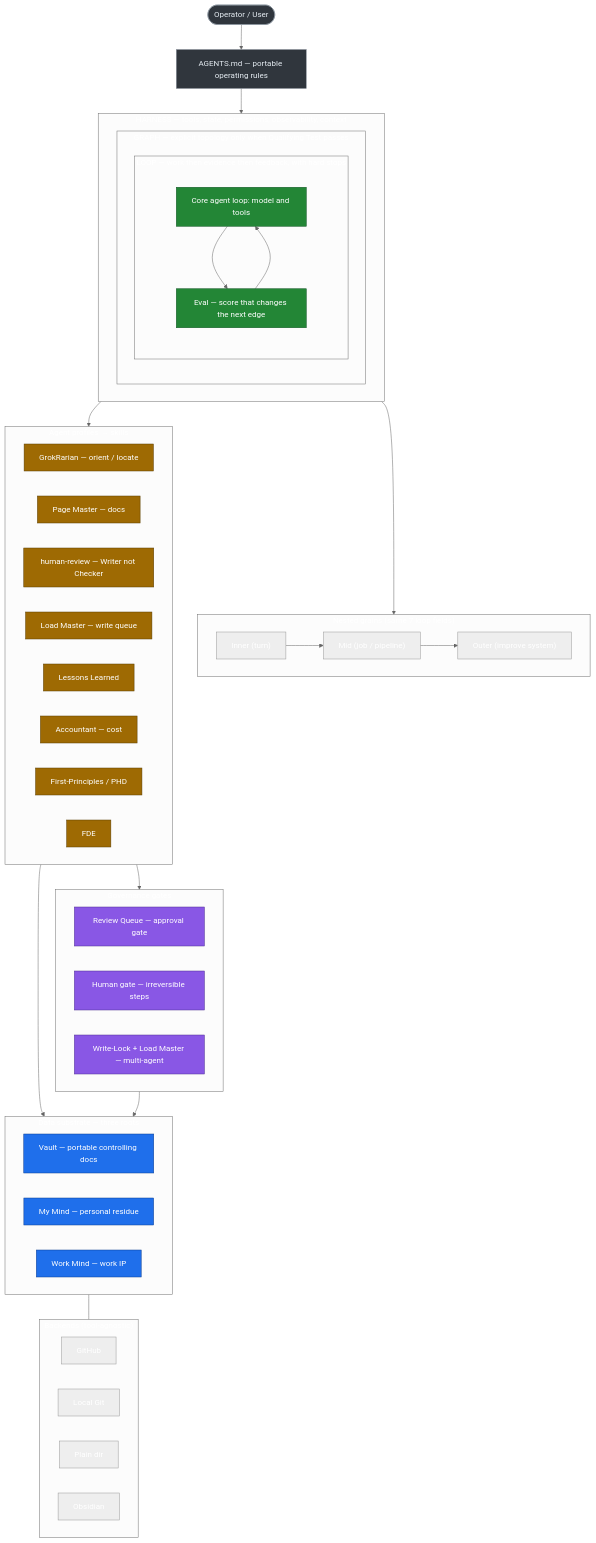
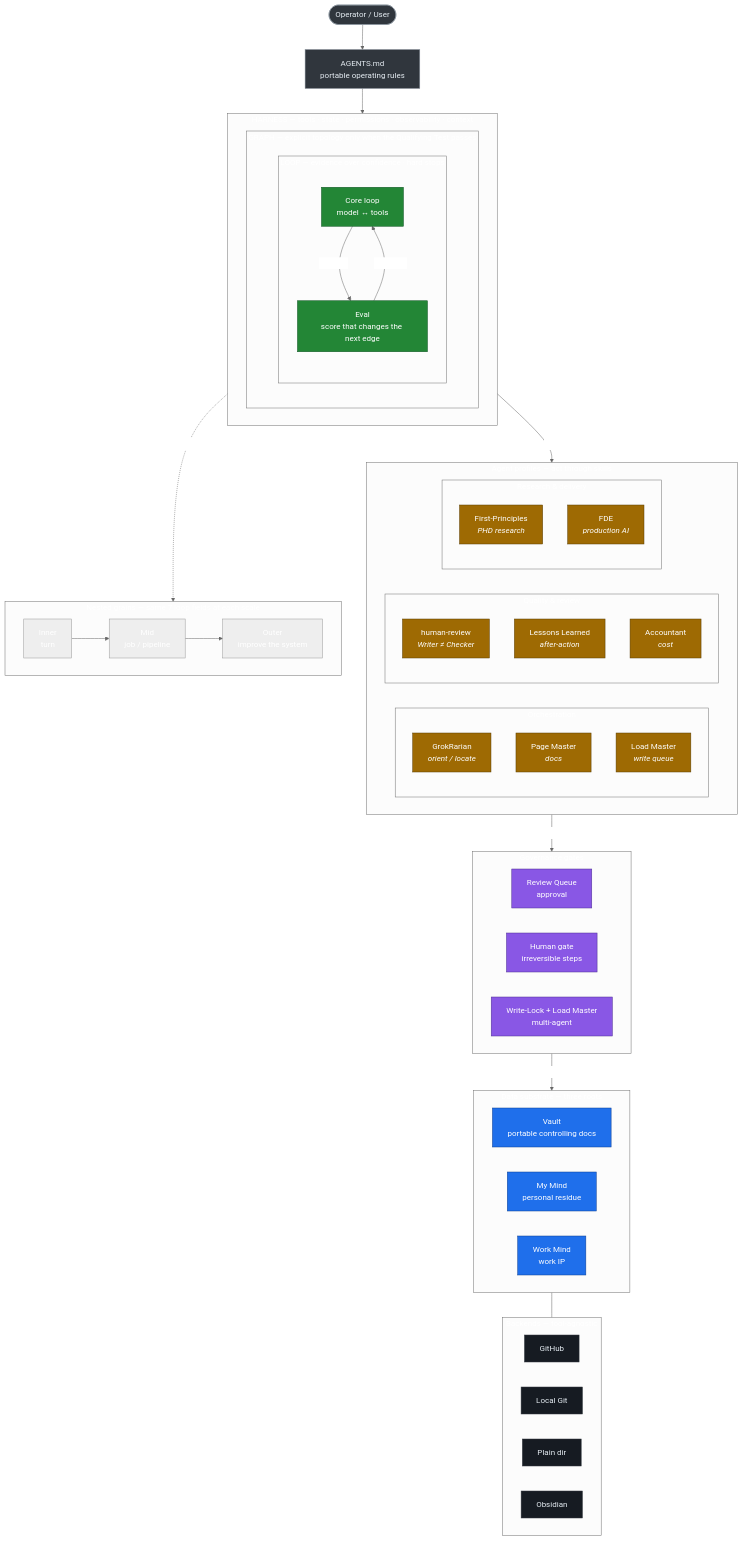
One commit to kniffinjjr/AI-Mind-Portable changed the second of 2 diagrams in Drafts/AI-Mind-Architecture-and-Data-Charts.md. Above: the diagram before and after it, drawn with Mermaid (neutral theme). The commit also changed other lines of this file, not shown here.

Commit message:
Refine architecture + data charts for legibility
- Chart 1: collapse the device-to-plane tangle into two clean sync flows
  (git push/pull to a GitHub-remote hub, file sync to a Dropbox hub), move
  per-device mechanics into a legend, and box the rules.
- Chart 2: read as a clear top-to-bottom spine; group agent profiles into
  Orchestration / Quality / Research clusters; label the write path through
  governance gates to the roots; grains as a side branch.

````diff
--- a/Drafts/AI-Mind-Architecture-and-Data-Charts.md
+++ b/Drafts/AI-Mind-Architecture-and-Data-Charts.md
@@ -85,70 +96,79 @@
 ```mermaid
 flowchart TB
-  classDef root fill:#1f6feb,color:#ffffff,stroke:#0b3d91;
+  classDef human fill:#30363d,color:#e6edf3,stroke:#8b949e;
   classDef core fill:#238636,color:#ffffff,stroke:#0f5323;
   classDef agent fill:#9e6a03,color:#ffffff,stroke:#5a3d02;
   classDef gate fill:#8957e5,color:#ffffff,stroke:#4b2c91;
-  classDef human fill:#30363d,color:#e6edf3,stroke:#8b949e;
+  classDef root fill:#1f6feb,color:#ffffff,stroke:#0b3d91;
+  classDef back fill:#161b22,color:#e6edf3,stroke:#30363d;
 
-  USER([Operator / User]):::human
-  AGENTS["AGENTS.md — portable operating rules"]:::human
+  USER(["Operator / User"]):::human
+  AGENTS["AGENTS.md<br/>portable operating rules"]:::human
   USER --> AGENTS
 
-  subgraph HARNESS["HARNESS — tools, state, permissions, observability, context"]
-    subgraph GRAPH["GRAPH — explicit topology only when Qualifying Test passes"]
-      subgraph LOOP["LOOP — work then evidence then feedback, with hard stops"]
-        CORE["Core agent loop: model and tools"]:::core
-        EVAL["Eval — score that changes the next edge"]:::core
-        CORE --> EVAL
-        EVAL --> CORE
+  subgraph HARNESS["HARNESS — tools · state · permissions · observability · context"]
+    subgraph GRAPH["GRAPH — explicit topology only when the Qualifying Test passes"]
+      subgraph LOOP["LOOP — evidence over confidence · hard stops"]
+        CORE["Core loop<br/>model ↔ tools"]:::core
+        EVAL["Eval<br/>score that changes the next edge"]:::core
+        CORE -->|produce| EVAL
+        EVAL -->|feedback| CORE
       end
     end
   end
   AGENTS --> HARNESS
 
-  subgraph GRAINS["Nested grains (same 7 loop fields)"]
+  subgraph PROFILES["Agent profiles — act through skills"]
     direction LR
-    INNER["Inner (turn)"] --> MID["Mid (job / pipeline)"] --> OUTER["Outer (improve system)"]
+    subgraph ORCH["Orchestration"]
+      direction TB
+      LIB["GrokRarian<br/><i>orient / locate</i>"]:::agent
+      PM["Page Master<br/><i>docs</i>"]:::agent
+      LM["Load Master<br/><i>write queue</i>"]:::agent
+    end
+    subgraph QUAL["Quality &amp; review"]
+      direction TB
+      HR["human-review<br/><i>Writer ≠ Checker</i>"]:::agent
+      LL["Lessons Learned<br/><i>after-action</i>"]:::agent
+      AC["Accountant<br/><i>cost</i>"]:::agent
+    end
+    subgraph DEL["Research &amp; delivery"]
+      direction TB
+      FP["First-Principles<br/><i>PHD research</i>"]:::agent
+      FDE["FDE<br/><i>production AI</i>"]:::agent
+    end
   end
 
-  subgraph AGENTSP["Agent profiles → skills"]
+  subgraph GATES["Governance gates"]
     direction LR
-    LIB["GrokRarian — orient / locate"]:::agent
-    PM["Page Master — docs"]:::agent
-    HR["human-review — Writer not Checker"]:::agent
-    LM["Load Master — write queue"]:::agent
-    LL["Lessons Learned"]:::agent
-    AC["Accountant — cost"]:::agent
-    FP["First-Principles / PHD"]:::agent
-    FDE["FDE"]:::agent
+    RQ["Review Queue<br/>approval"]:::gate
+    HG["Human gate<br/>irreversible steps"]:::gate
+    WL["Write-Lock + Load Master<br/>multi-agent"]:::gate
   end
 
   subgraph ROOTS["Data substrate — three roots"]
     direction LR
-    VAULT["Vault — portable controlling docs"]:::root
-    MYM["My Mind — personal residue"]:::root
-    WORKM["Work Mind — work IP"]:::root
+    VAULT["Vault<br/>portable controlling docs"]:::root
+    MYM["My Mind<br/>personal residue"]:::root
+    WORKM["Work Mind<br/>work IP"]:::root
   end
 
-  subgraph GOV["Governance gates"]
+  subgraph BACK["Backends — tool-agnostic"]
     direction LR
-    RQ["Review Queue — approval gate"]:::gate
-    HG["Human gate — irreversible steps"]:::gate
-    WL["Write-Lock + Load Master — multi-agent"]:::gate
+    B1["GitHub"]:::back
+    B2["Local Git"]:::back
+    B3["Plain dir"]:::back
+    B4["Obsidian"]:::back
   end
 
-  subgraph BACK["Backends (tool-agnostic)"]
+  HARNESS -->|runs| PROFILES
+  PROFILES -->|proposes writes| GATES
+  GATES -->|approved| ROOTS
+  ROOTS --- BACK
+
+  subgraph GRAINS["Nested grains — same 7 loop fields at each scale"]
     direction LR
-    B1["GitHub"]
-    B2["Local Git"]
-    B3["Plain dir"]
-    B4["Obsidian"]
+    INNER["Inner<br/>turn"] --> MIDG["Mid<br/>job / pipeline"] --> OUTER["Outer<br/>improve the system"]
   end
-
-  HARNESS --> GRAINS
-  HARNESS --> AGENTSP
-  AGENTSP --> GOV
-  AGENTSP --> ROOTS
-  GOV --> VAULT
-  ROOTS --- BACK
+  HARNESS -.->|operates at every grain| GRAINS
 ```
````
